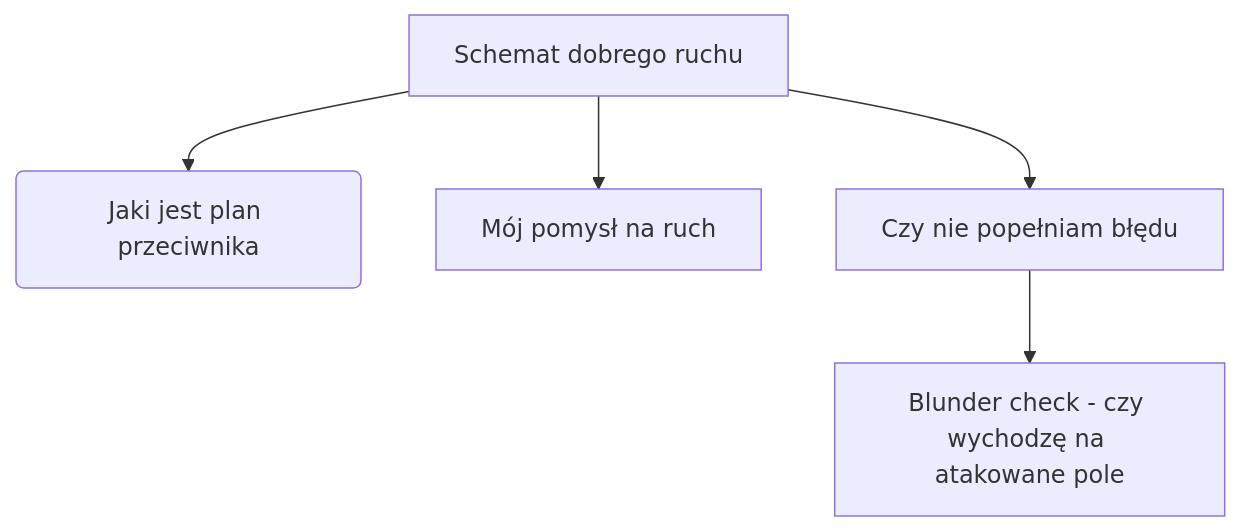
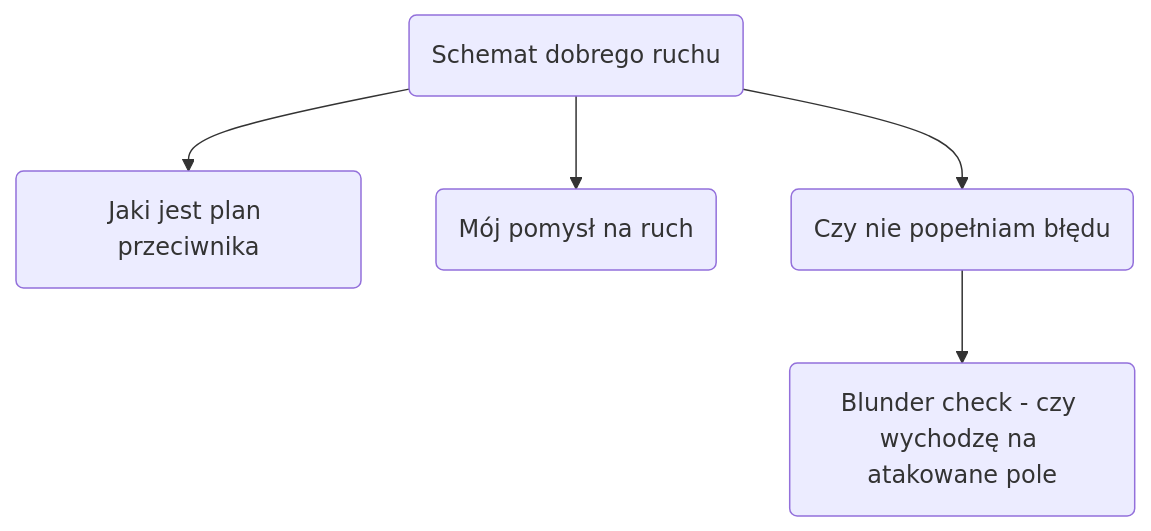
One commit to tomekd85/szachy changed the diagram in Schemat dobrego ruchu.md. Above: the diagram before and after it, drawn with Mermaid.

Commit message:
Update Schemat dobrego ruchu.md

````diff
--- a/Schemat dobrego ruchu.md
+++ b/Schemat dobrego ruchu.md
@@ -1,7 +1,7 @@
 ```mermaid
 flowchart TD
-    A[Schemat dobrego ruchu] --> B(Jaki jest plan przeciwnika)
-    A --> C[Mój pomysł na ruch]
-    A -->D[Czy nie popełniam błędu]
-    D -->E[Blunder check - czy wychodzę na atakowane pole]
+    A(Schemat dobrego ruchu) --> B(Jaki jest plan przeciwnika)
+    A --> C(Mój pomysł na ruch)
+    A -->D(Czy nie popełniam błędu)
+    D -->E(Blunder check - czy wychodzę na atakowane pole)
 ```
````
